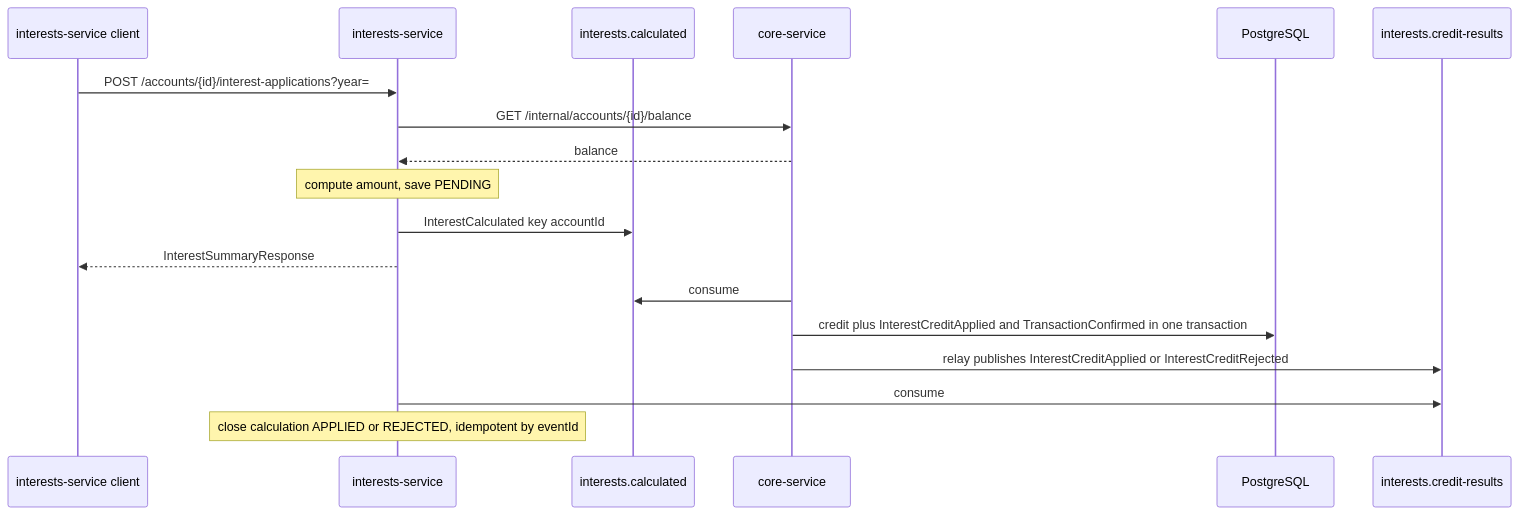
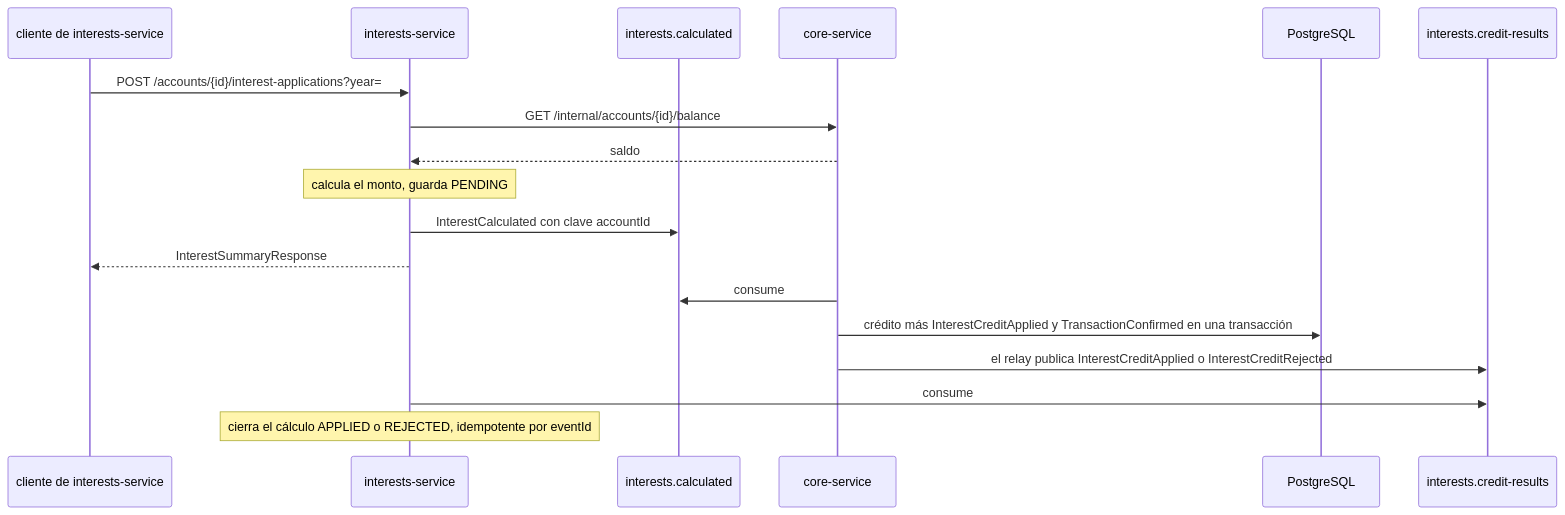
One commit to gustavoduocuc/xyz_bank_server changed the fourth of 5 diagrams in docs/architecture.md. Above: the diagram before and after it, drawn with Mermaid. The commit also changed other lines of this file and 4 other files, not shown here.

Commit message:
docs: translate architecture and AWS docs to Spanish

````diff
--- a/docs/architecture.md
+++ b/docs/architecture.md
@@ -218,21 +218,21 @@
 ```mermaid
 sequenceDiagram
-  participant Caller as interests-service client
+  participant Caller as cliente de interests-service
   participant Interests as interests-service
   participant Calculated as interests.calculated
   participant Core as core-service
   participant Db as PostgreSQL
   participant Results as interests.credit-results
 
   Caller->>Interests: POST /accounts/{id}/interest-applications?year=
   Interests->>Core: GET /internal/accounts/{id}/balance
-  Core-->>Interests: balance
-  Note over Interests: compute amount, save PENDING
-  Interests->>Calculated: InterestCalculated key accountId
+  Core-->>Interests: saldo
+  Note over Interests: calcula el monto, guarda PENDING
+  Interests->>Calculated: InterestCalculated con clave accountId
   Interests-->>Caller: InterestSummaryResponse
   Core->>Calculated: consume
-  Core->>Db: credit plus InterestCreditApplied and TransactionConfirmed in one transaction
-  Core->>Results: relay publishes InterestCreditApplied or InterestCreditRejected
+  Core->>Db: crédito más InterestCreditApplied y TransactionConfirmed en una transacción
+  Core->>Results: el relay publica InterestCreditApplied o InterestCreditRejected
   Interests->>Results: consume
-  Note over Interests: close calculation APPLIED or REJECTED, idempotent by eventId
+  Note over Interests: cierra el cálculo APPLIED o REJECTED, idempotente por eventId
 ```
````
